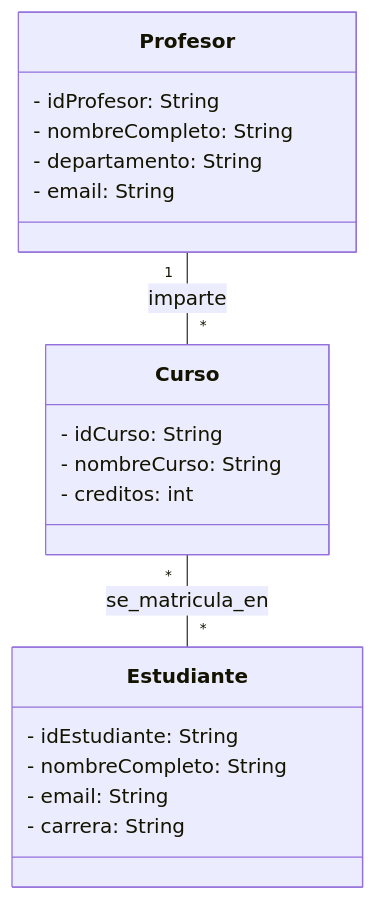
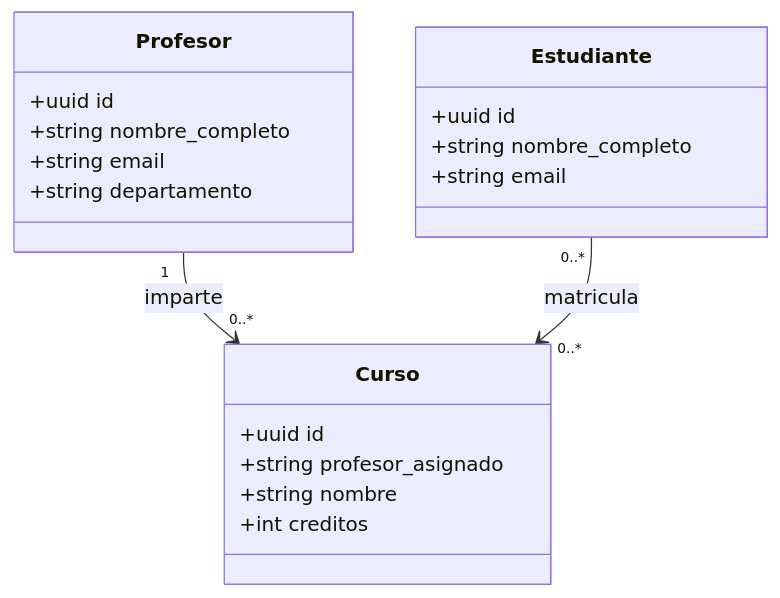
One commit to dvss1712/II-51-Laboratorios changed the diagram in Proyecto02/images/Diagrama.mmd. Above: the diagram before and after it, drawn with Mermaid. The commit also changed 3 other files, not shown here.

```diff
--- a/Proyecto02/images/Diagrama.mmd
+++ b/Proyecto02/images/Diagrama.mmd
@@ -1,26 +1,23 @@
 classDiagram
-   
+    class Profesor {
+        +uuid id
+        +string nombre_completo
+        +string email
+        +string departamento
+    }
 
     class Estudiante {
-        - idEstudiante: String
-        - nombreCompleto: String
-        - email: String
-        - carrera: String
+        +uuid id
+        +string nombre_completo
+        +string email
     }
-    
+
     class Curso {
-        - idCurso: String
-        - nombreCurso: String
-        - creditos: int
+        +uuid id
+        +string profesor_asignado
+        +string nombre
+        +int creditos
     }
-    
-    class Profesor {
-        - idProfesor: String
-        - nombreCompleto: String
-        - departamento: String
-        - email: String
-    }
-    
-    %%relaciones
-    Profesor "1" -- "*" Curso : imparte
-    Curso "*" -- "*" Estudiante : se_matricula_en
+
+    Profesor "1" --> "0..*" Curso : imparte
+    Estudiante "0..*" --> "0..*" Curso : matricula
```
